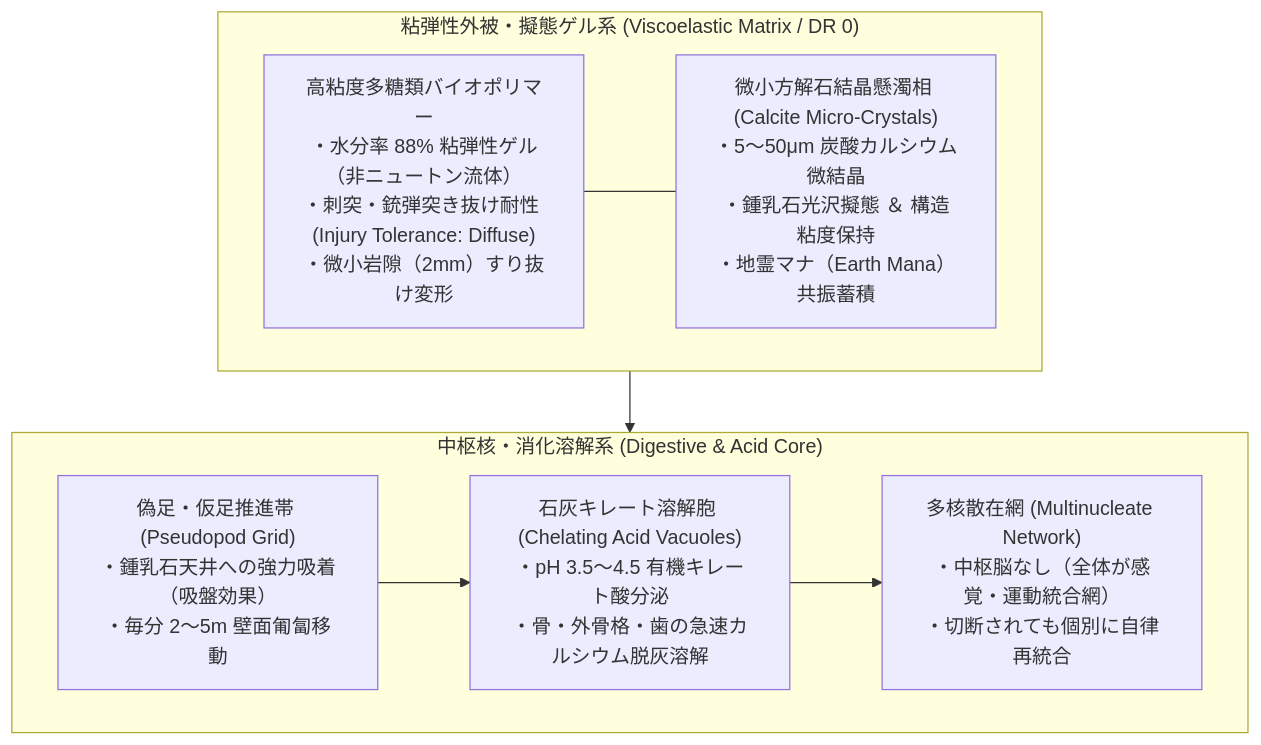
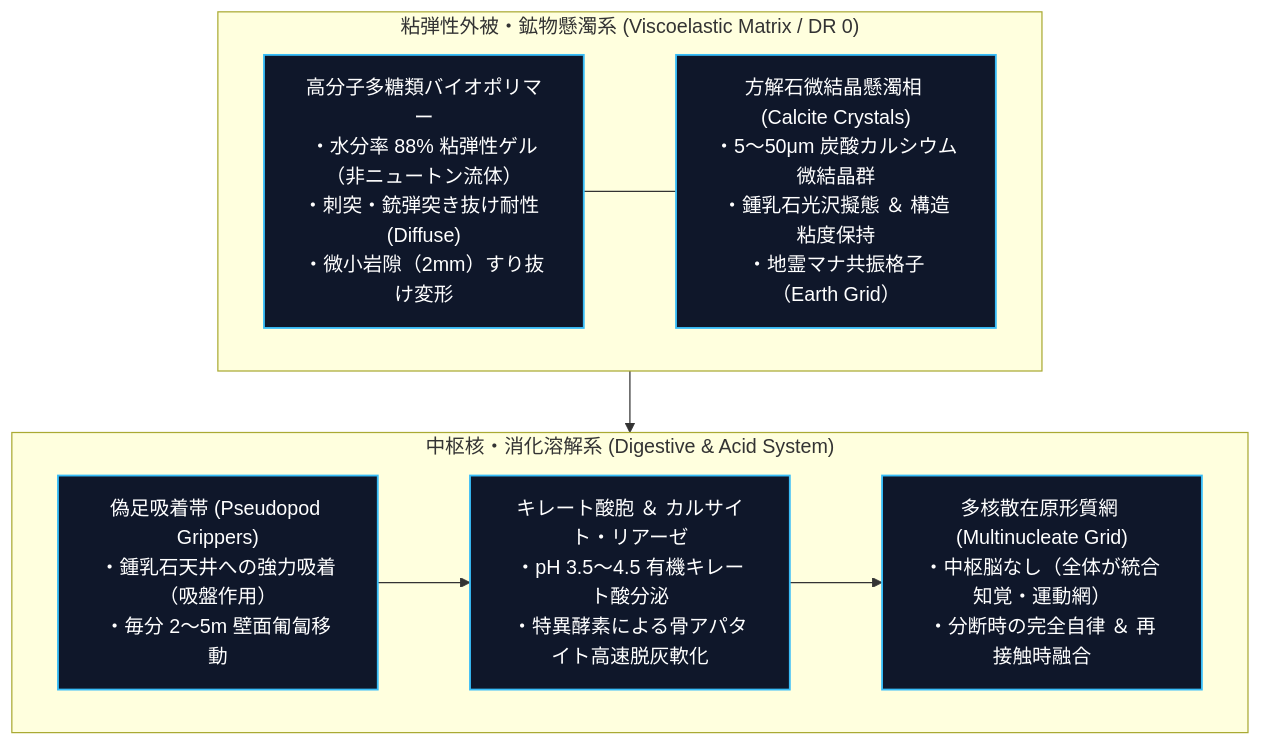
Before and after one commit to takenoriohno-cloud/world-building: the first of 2 diagrams in creatures/009_calcite_cave_slime.md, drawn with Mermaid. The commit also changed other lines of this file and 35 other files, not shown here.

````diff
--- a/creatures/009_calcite_cave_slime.md
+++ b/creatures/009_calcite_cave_slime.md
@@ -37,19 +88,21 @@
 ```mermaid
 flowchart TD
-    %% 鍾乳石灰粘塊 カルサイト・ケイブ・スライム 生体鉱物懸濁・解剖構造図
-    subgraph MATRIX["粘弾性外被・擬態ゲル系 (Viscoelastic Matrix / DR 0)"]
-        GEL["高粘度多糖類バイオポリマー<br/>・水分率 88% 粘弾性ゲル（非ニュートン流体）<br/>・刺突・銃弾突き抜け耐性 (Injury Tolerance: Diffuse)<br/>・微小岩隙（2mm）すり抜け変形"]
-        CRYSTAL["微小方解石結晶懸濁相 (Calcite Micro-Crystals)<br/>・5〜50μm 炭酸カルシウム微結晶<br/>・鍾乳石光沢擬態 ＆ 構造粘度保持<br/>・地霊マナ（Earth Mana）共振蓄積"]
+    %% 鍾乳石灰粘塊 生体解剖・器官連関構造図（高コントラスト暗色視認性規格）
+    subgraph MATRIX["粘弾性外被・鉱物懸濁系 (Viscoelastic Matrix / DR 0)"]
+        GEL["高分子多糖類バイオポリマー<br/>・水分率 88% 粘弾性ゲル（非ニュートン流体）<br/>・刺突・銃弾突き抜け耐性 (Diffuse)<br/>・微小岩隙（2mm）すり抜け変形"]:::nodeStyle
+        CRYSTAL["方解石微結晶懸濁相 (Calcite Crystals)<br/>・5〜50μm 炭酸カルシウム微結晶群<br/>・鍾乳石光沢擬態 ＆ 構造粘度保持<br/>・地霊マナ共振格子（Earth Grid）"]:::nodeStyle
         GEL --- CRYSTAL
     end
 
-    subgraph CORE["中枢核・消化溶解系 (Digestive & Acid Core)"]
-        PSEUDO["偽足・仮足推進帯 (Pseudopod Grid)<br/>・鍾乳石天井への強力吸着（吸盤効果）<br/>・毎分 2〜5m 壁面匍匐移動"]
-        ACID["石灰キレート溶解胞 (Chelating Acid Vacuoles)<br/>・pH 3.5〜4.5 有機キレート酸分泌<br/>・骨・外骨格・歯の急速カルシウム脱灰溶解"]
-        NUCLEI["多核散在網 (Multinucleate Network)<br/>・中枢脳なし（全体が感覚・運動統合網）<br/>・切断されても個別に自律再統合"]
+    subgraph CORE["中枢核・消化溶解系 (Digestive & Acid System)"]
+        PSEUDO["偽足吸着帯 (Pseudopod Grippers)<br/>・鍾乳石天井への強力吸着（吸盤作用）<br/>・毎分 2〜5m 壁面匍匐移動"]:::nodeStyle
+        ACID["キレート酸胞 ＆ カルサイト・リアーゼ<br/>・pH 3.5〜4.5 有機キレート酸分泌<br/>・特異酵素による骨アパタイト高速脱灰軟化"]:::nodeStyle
+        NUCLEI["多核散在原形質網 (Multinucleate Grid)<br/>・中枢脳なし（全体が統合知覚・運動網）<br/>・分断時の完全自律 ＆ 再接触時融合"]:::nodeStyle
     end
 
     MATRIX --> CORE
     PSEUDO --> ACID
     ACID --> NUCLEI
+
+    classDef nodeStyle fill:#0f172a,stroke:#38bdf8,stroke-width:1.5px,color:#ffffff;
 ```
````
